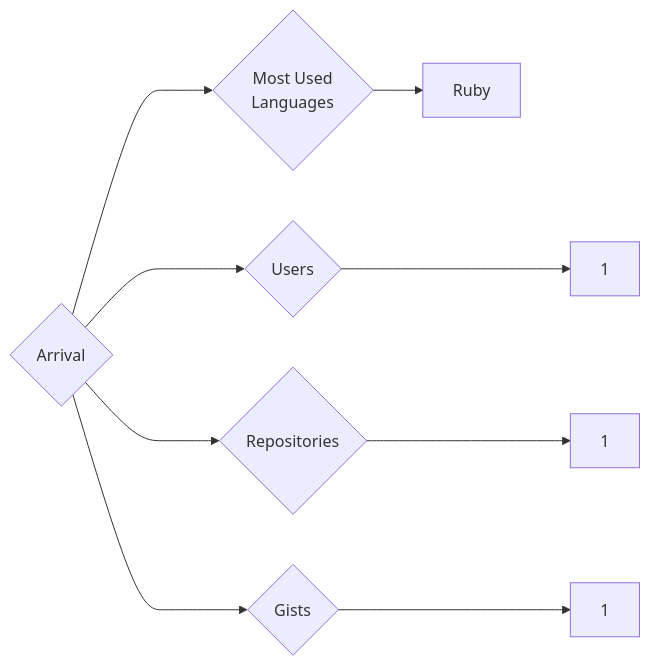
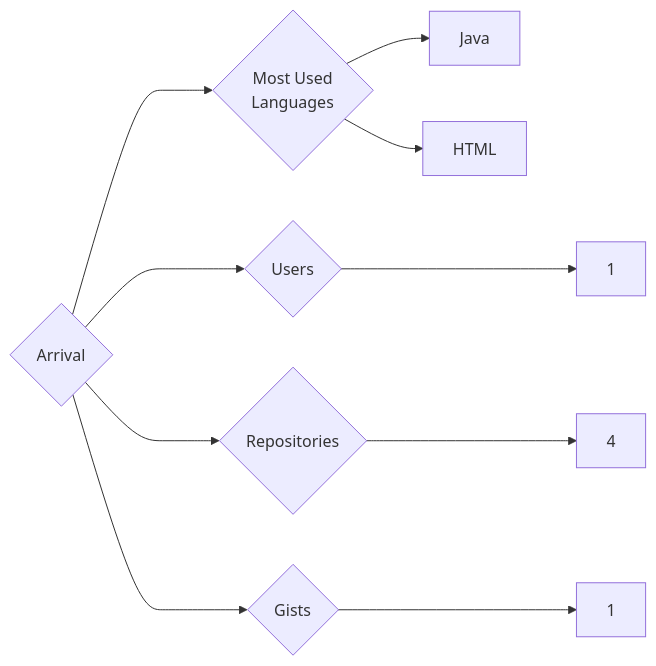
One commit to trickest/insiders changed the diagram in targets/Arrival/README.md. Above: the diagram before and after it, drawn with Mermaid. The commit also changed 715 other files, not shown here.

````diff
--- a/targets/Arrival/README.md
+++ b/targets/Arrival/README.md
@@ -3,9 +3,10 @@
 ```mermaid
 graph LR
 COMPANY_NAME{Arrival}
 COMPANY_NAME ---> U{Users} ---> UN[1]
-COMPANY_NAME ---> R{Repositories} ---> RN[1]
+COMPANY_NAME ---> R{Repositories} ---> RN[4]
 COMPANY_NAME ---> G{Gists} ---> GN[1]
 COMPANY_NAME ---> ML{Most Used<br>Languages}
-ML --> Ruby[Ruby]
+ML --> Java[Java]
+ML --> HTML[HTML]
 ```
````
